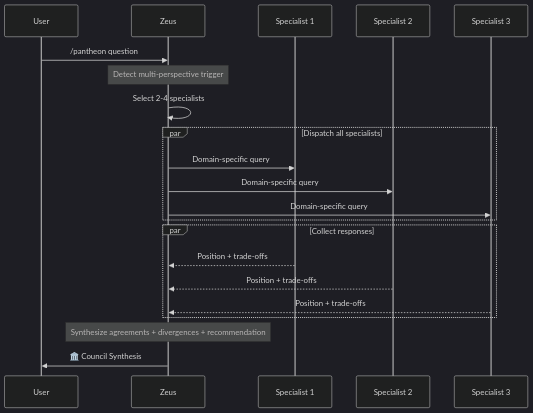
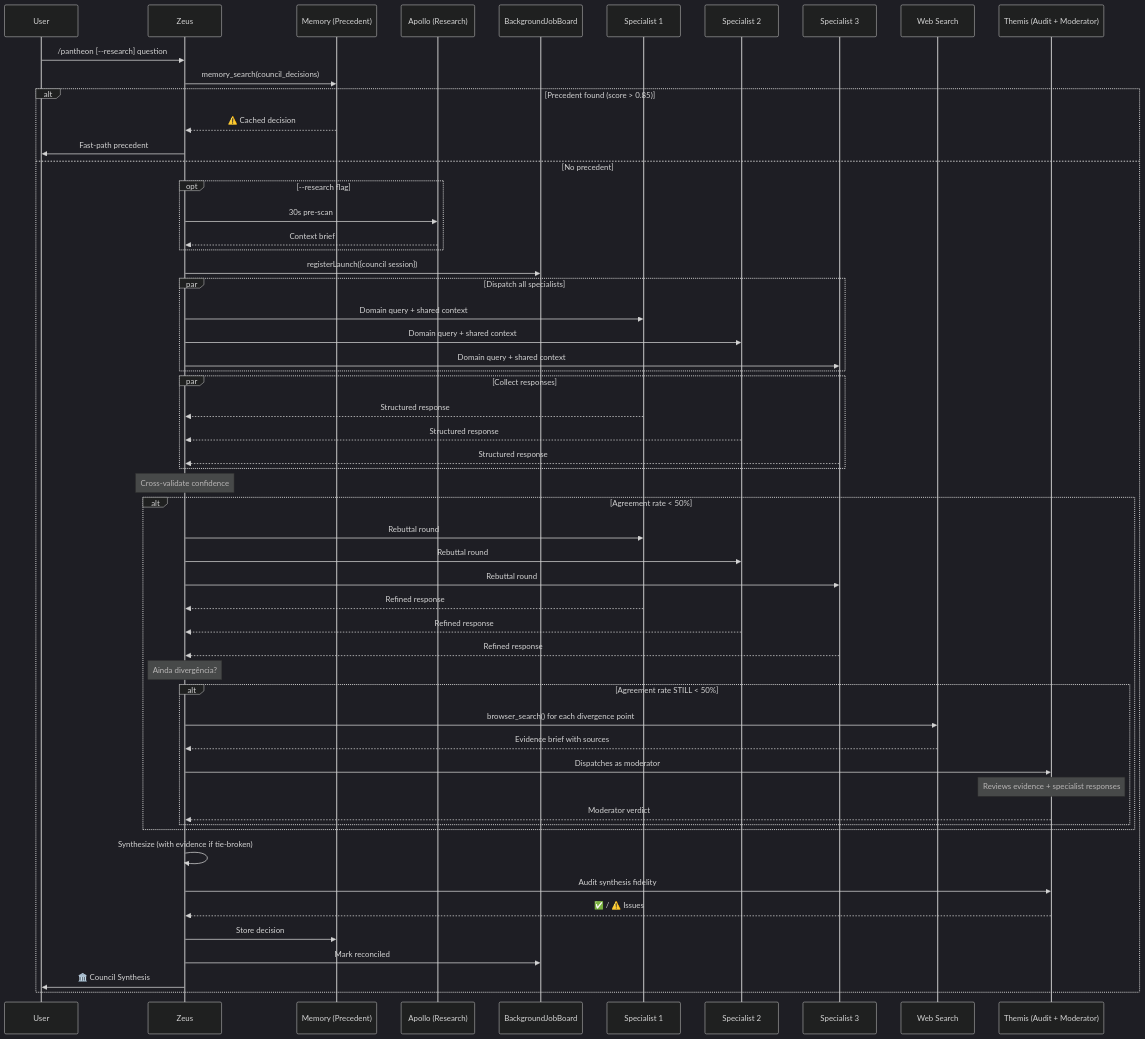
Before and after one commit to ils15/pantheon-opencode: the diagram in src/instructions/zeus-council-synthesis.instructions.md, drawn with Mermaid. The commit also changed other lines of this file and 16 other files, not shown here.

First line of the commit message:
feat: council synthesis Fase 1+2 + Modo Desempate com Evidência + BackgroundJobBoard infra

````diff
--- a/src/instructions/zeus-council-synthesis.instructions.md
+++ b/src/instructions/zeus-council-synthesis.instructions.md
@@ -20,29 +20,64 @@
 ```mermaid
 ---
 config:
   look: classic
   theme: dark
 ---
 sequenceDiagram
     participant U as User
     participant Z as Zeus
+    participant M as Memory (Precedent)
+    participant A as Apollo (Research)
+    participant B as BackgroundJobBoard
     participant S1 as Specialist 1
     participant S2 as Specialist 2
     participant S3 as Specialist 3
+    participant W as Web Search
+    participant T as Themis (Audit + Moderator)
 
-    U->>Z: /pantheon question
-    Note over Z: Detect multi-perspective trigger
-    Z->>Z: Select 2-4 specialists
-    par Dispatch all specialists
-        Z->>S1: Domain-specific query
-        Z->>S2: Domain-specific query
-        Z->>S3: Domain-specific query
+    U->>Z: /pantheon [--research] question
+    Z->>M: memory_search(council_decisions)
+    alt Precedent found (score > 0.85)
+        M-->>Z: ⚠️ Cached decision
+        Z->>U: Fast-path precedent
+    else No precedent
+        opt --research flag
+            Z->>A: 30s pre-scan
+            A-->>Z: Context brief
+        end
+        Z->>B: registerLaunch({council session})
+        par Dispatch all specialists
+            Z->>S1: Domain query + shared context
+            Z->>S2: Domain query + shared context
+            Z->>S3: Domain query + shared context
+        end
+        par Collect responses
+            S1-->>Z: Structured response
+            S2-->>Z: Structured response
+            S3-->>Z: Structured response
+        end
+        Note over Z: Cross-validate confidence
+        alt Agreement rate < 50%
+            Z->>S1: Rebuttal round
+            Z->>S2: Rebuttal round
+            Z->>S3: Rebuttal round
+            S1-->>Z: Refined response
+            S2-->>Z: Refined response
+            S3-->>Z: Refined response
+            Note over Z: Ainda divergência?
+            alt Agreement rate STILL < 50%
+                Z->>W: browser_search() for each divergence point
+                W-->>Z: Evidence brief with sources
+                Z->>T: Dispatches as moderator
+                Note over T: Reviews evidence + specialist responses
+                T-->>Z: Moderator verdict
+            end
+        end
+        Z->>Z: Synthesize (with evidence if tie-broken)
+        Z->>T: Audit synthesis fidelity
+        T-->>Z: ✅ / ⚠️ Issues
+        Z->>M: Store decision
+        Z->>B: Mark reconciled
+        Z->>U: 🏛️ Council Synthesis
     end
-    par Collect responses
-        S1-->>Z: Position + trade-offs
-        S2-->>Z: Position + trade-offs
-        S3-->>Z: Position + trade-offs
-    end
-    Note over Z: Synthesize agreements + divergences + recommendation
-    Z->>U: 🏛️ Council Synthesis
 ```
````
